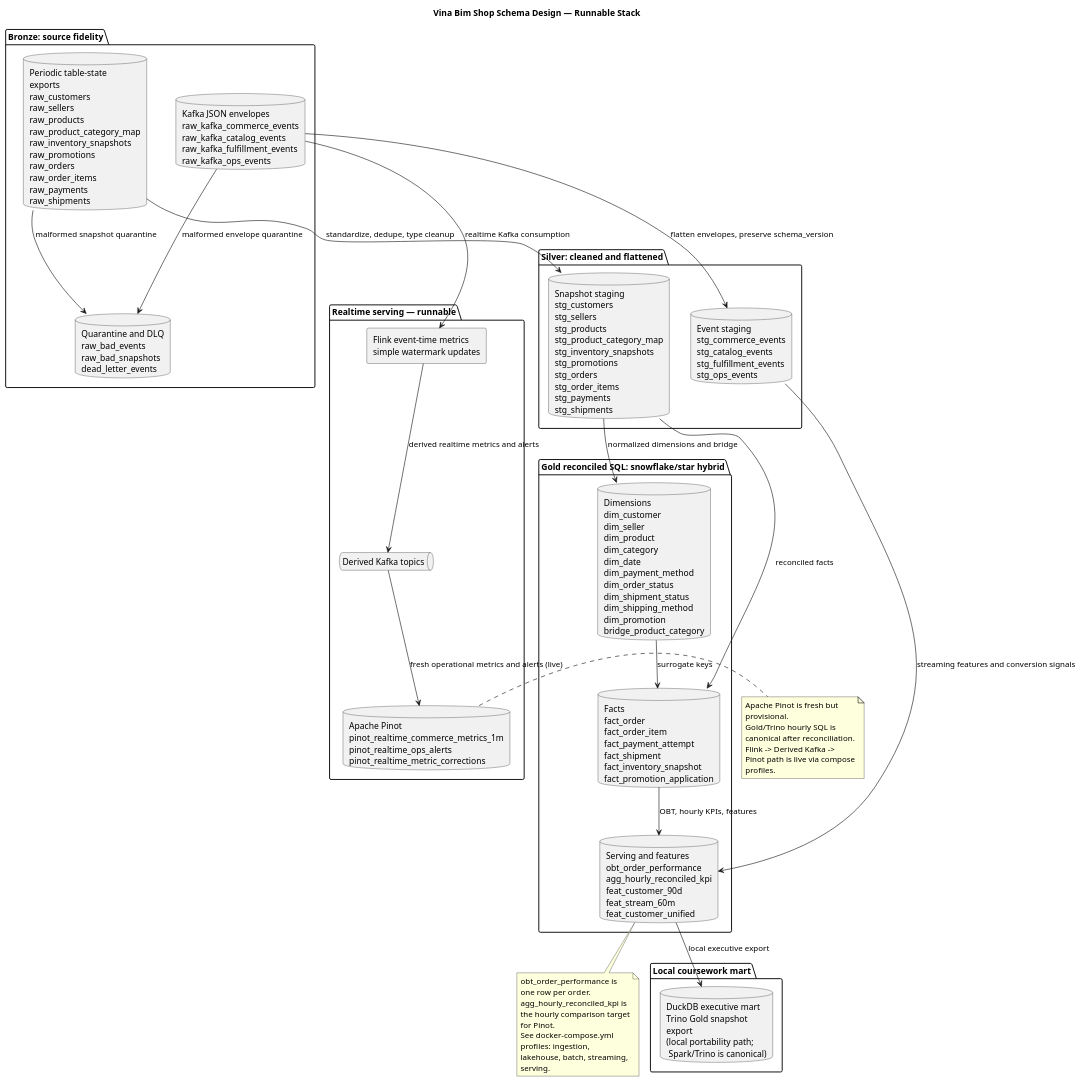
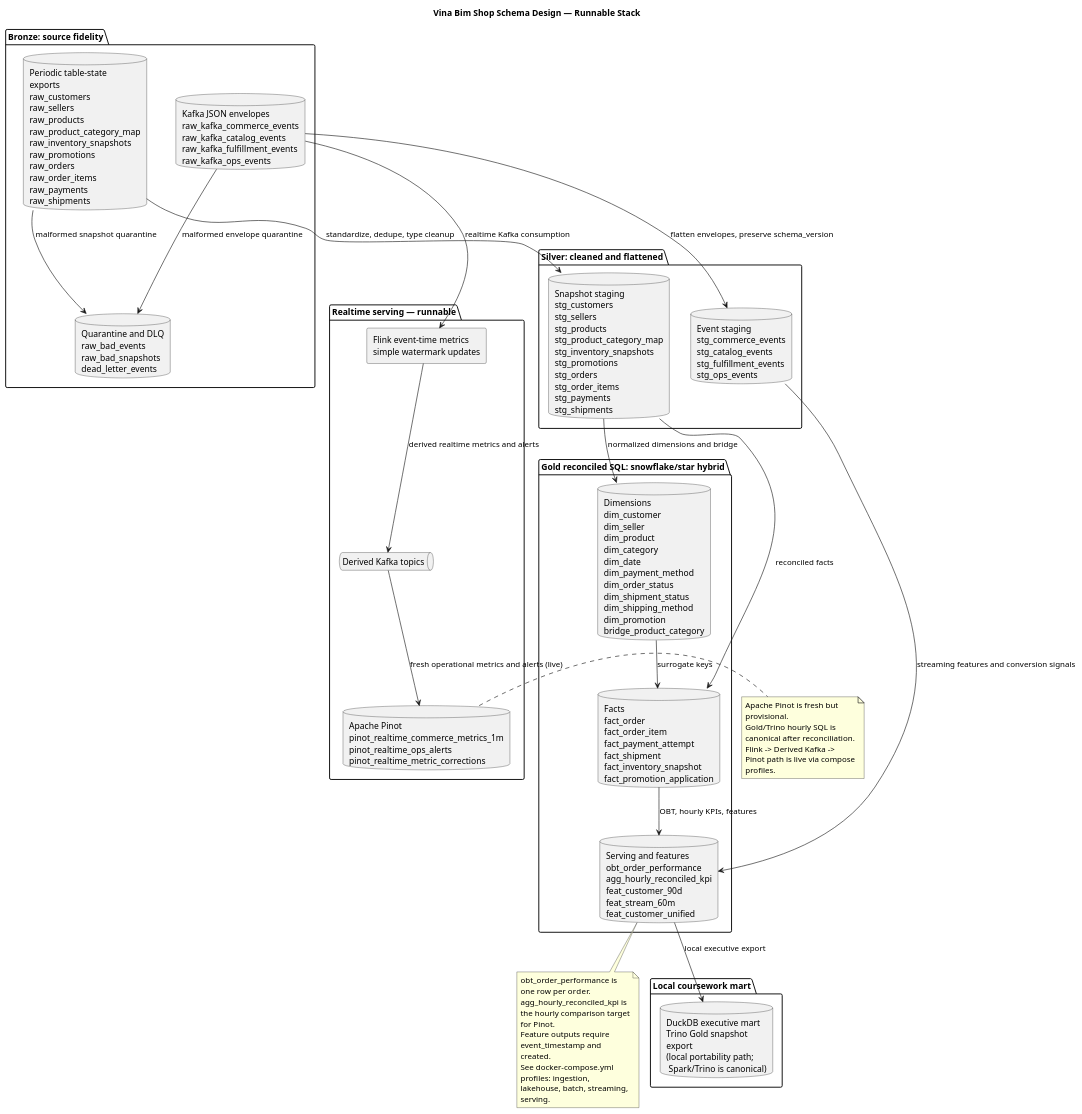
Before and after one commit to hhoangdo/ecom-data-platform: the diagram in architecture/diagrams/schema_design.puml, drawn with PlantUML. The commit also changed 24 other files, not shown here.

First line of the commit message:
Refactor feature output contracts and schema design evidence

```diff
--- a/architecture/diagrams/schema_design.puml
+++ b/architecture/diagrams/schema_design.puml
@@ -1,63 +1,64 @@
 @startuml
 title Vina Bim Shop Schema Design — Runnable Stack
 
 skinparam componentStyle rectangle
 skinparam shadowing false
 skinparam wrapWidth 180
 
 package "Bronze: source fidelity" as Bronze {
   database "Periodic table-state exports\nraw_customers\nraw_sellers\nraw_products\nraw_product_category_map\nraw_inventory_snapshots\nraw_promotions\nraw_orders\nraw_order_items\nraw_payments\nraw_shipments" as RawSnapshots
   database "Kafka JSON envelopes\nraw_kafka_commerce_events\nraw_kafka_catalog_events\nraw_kafka_fulfillment_events\nraw_kafka_ops_events" as RawEvents
   database "Quarantine and DLQ\nraw_bad_events\nraw_bad_snapshots\ndead_letter_events" as RawBad
 }
 
 package "Silver: cleaned and flattened" as Silver {
   database "Snapshot staging\nstg_customers\nstg_sellers\nstg_products\nstg_product_category_map\nstg_inventory_snapshots\nstg_promotions\nstg_orders\nstg_order_items\nstg_payments\nstg_shipments" as StgSnapshots
   database "Event staging\nstg_commerce_events\nstg_catalog_events\nstg_fulfillment_events\nstg_ops_events" as StgEvents
 }
 
 package "Gold reconciled SQL: snowflake/star hybrid" as Gold {
   database "Dimensions\ndim_customer\ndim_seller\ndim_product\ndim_category\ndim_date\ndim_payment_method\ndim_order_status\ndim_shipment_status\ndim_shipping_method\ndim_promotion\nbridge_product_category" as Dims
   database "Facts\nfact_order\nfact_order_item\nfact_payment_attempt\nfact_shipment\nfact_inventory_snapshot\nfact_promotion_application" as Facts
   database "Serving and features\nobt_order_performance\nagg_hourly_reconciled_kpi\nfeat_customer_90d\nfeat_stream_60m\nfeat_customer_unified" as Serving
 }
 
 package "Realtime serving — runnable" as Realtime {
   component "Flink event-time metrics\nsimple watermark updates" as FlinkMetrics
   queue "Derived Kafka topics" as DerivedKafka
   database "Apache Pinot\npinot_realtime_commerce_metrics_1m\npinot_realtime_ops_alerts\npinot_realtime_metric_corrections" as Pinot
 }
 
 package "Local coursework mart" as Local {
   database "DuckDB executive mart\nTrino Gold snapshot export\n(local portability path;\n Spark/Trino is canonical)" as DuckDB
 }
 
 RawSnapshots --> StgSnapshots : standardize, dedupe, type cleanup
 RawEvents --> StgEvents : flatten envelopes, preserve schema_version
 RawEvents --> RawBad : malformed envelope quarantine
 RawSnapshots --> RawBad : malformed snapshot quarantine
 
 StgSnapshots --> Dims : normalized dimensions and bridge
 StgSnapshots --> Facts : reconciled facts
 StgEvents --> Serving : streaming features and conversion signals
 Dims --> Facts : surrogate keys
 Facts --> Serving : OBT, hourly KPIs, features
 
 RawEvents --> FlinkMetrics : realtime Kafka consumption
 FlinkMetrics --> DerivedKafka : derived realtime metrics and alerts
 DerivedKafka --> Pinot : fresh operational metrics and alerts (live)
 Serving --> DuckDB : local executive export
 
 note right of Pinot
 Apache Pinot is fresh but provisional.
 Gold/Trino hourly SQL is canonical after reconciliation.
 Flink -> Derived Kafka -> Pinot path is live via compose profiles.
 end note
 
 note bottom of Serving
 obt_order_performance is one row per order.
 agg_hourly_reconciled_kpi is the hourly comparison target for Pinot.
+Feature outputs require event_timestamp and created.
 See docker-compose.yml profiles: ingestion, lakehouse, batch, streaming, serving.
 end note
 
 @enduml
```
